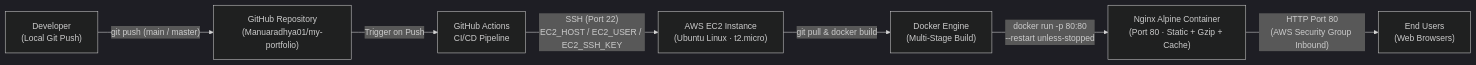
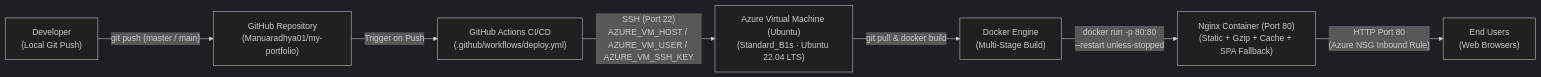
Before and after one commit to Manuaradhya01/my-portfolio: the diagram in Cloud_Deployment_Report.md, drawn with Mermaid (dark theme). The commit also changed other lines of this file and 2 other files, not shown here.

Commit message:
Update deployment workflow and report to Microsoft Azure VM

````diff
--- a/Cloud_Deployment_Report.md
+++ b/Cloud_Deployment_Report.md
@@ -46,9 +46,9 @@
 ```mermaid
 flowchart LR
-    DEV["Developer<br/>(Local Git Push)"] -->|"git push (main / master)"| GH["GitHub Repository<br/>(Manuaradhya01/my-portfolio)"]
-    GH -->|"Trigger on Push"| GHA["GitHub Actions<br/>CI/CD Pipeline"]
-    GHA -->|"SSH (Port 22)<br/>EC2_HOST / EC2_USER / EC2_SSH_KEY"| EC2["AWS EC2 Instance<br/>(Ubuntu Linux · t2.micro)"]
-    EC2 -->|"git pull & docker build"| DOCKER["Docker Engine<br/>(Multi-Stage Build)"]
-    DOCKER -->|"docker run -p 80:80<br/>--restart unless-stopped"| NGINX["Nginx Alpine Container<br/>(Port 80 · Static + Gzip + Cache)"]
-    NGINX -->|"HTTP Port 80<br/>(AWS Security Group Inbound)"| USERS["End Users<br/>(Web Browsers)"]
+    DEV["Developer<br/>(Local Git Push)"] -->|"git push (master / main)"| GH["GitHub Repository<br/>(Manuaradhya01/my-portfolio)"]
+    GH -->|"Trigger on Push"| GHA["GitHub Actions CI/CD<br/>(.github/workflows/deploy.yml)"]
+    GHA -->|"SSH (Port 22)<br/>AZURE_VM_HOST / AZURE_VM_USER / AZURE_VM_SSH_KEY"| VM["Azure Virtual Machine (Ubuntu)<br/>(Standard_B1s · Ubuntu 22.04 LTS)"]
+    VM -->|"git pull & docker build"| DOCKER["Docker Engine<br/>(Multi-Stage Build)"]
+    DOCKER -->|"docker run -p 80:80<br/>--restart unless-stopped"| NGINX["Nginx Container (Port 80)<br/>(Static + Gzip + Cache + SPA Fallback)"]
+    NGINX -->|"HTTP Port 80<br/>(Azure NSG Inbound Rule)"| USERS["End Users<br/>(Web Browsers)"]
 ```
````
